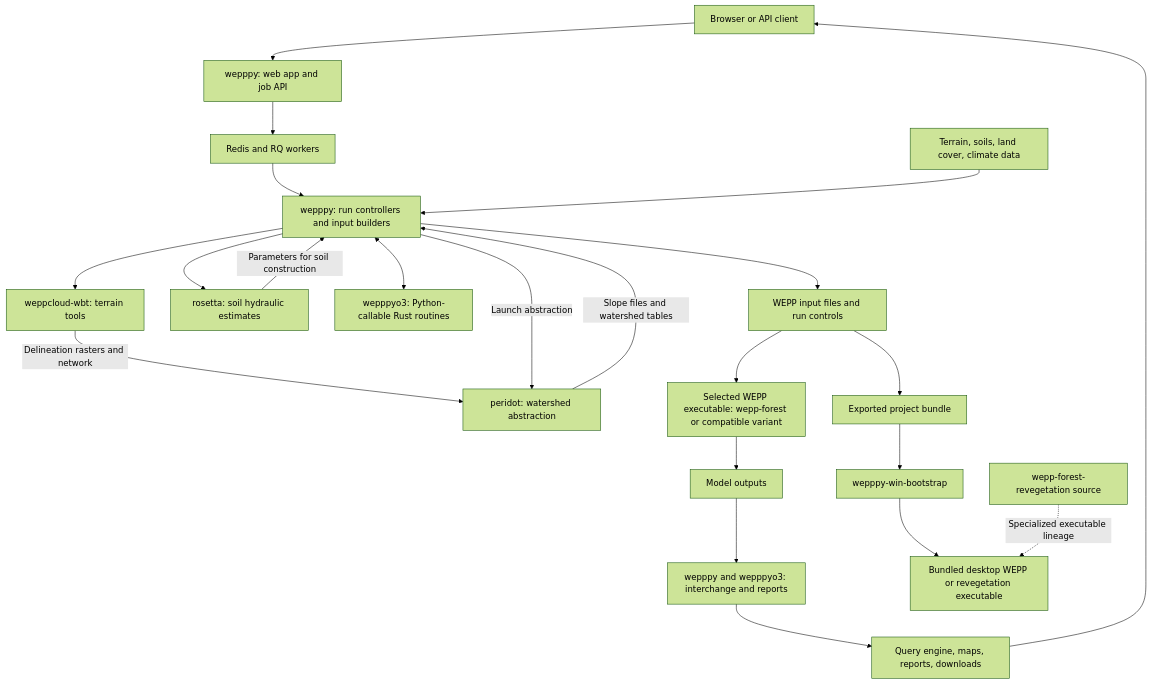
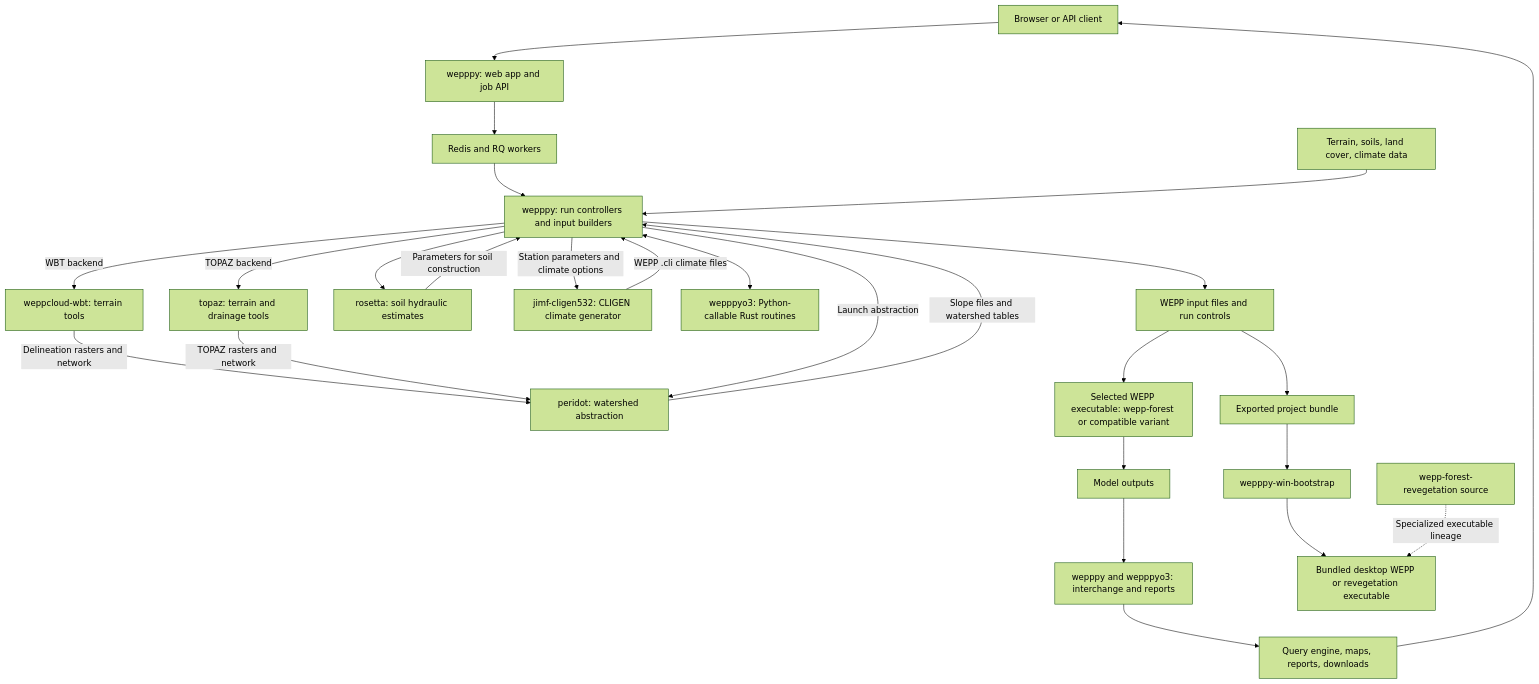
The diagram in docs/weppcloud-stack.md (rogerlew/wepppy), drawn with Mermaid (forest theme) before and after one commit. The commit also changed other lines of this file, not shown here.

Commit message:
Expand stack overview, testing, and WEPP release workflow

````diff
--- a/docs/weppcloud-stack.md
+++ b/docs/weppcloud-stack.md
@@ -36,24 +39,28 @@
 ```mermaid
 flowchart TD
     U[Browser or API client] --> W[wepppy: web app and job API]
     W --> Q[Redis and RQ workers]
     Q --> P[wepppy: run controllers and input builders]
     D[Terrain, soils, land cover, climate data] --> P
-    P --> T[weppcloud-wbt: terrain tools]
+    P -->|WBT backend| T[weppcloud-wbt: terrain tools]
+    P -->|TOPAZ backend| TP[topaz: terrain and drainage tools]
     T -->|Delineation rasters and network| A[peridot: watershed abstraction]
+    TP -->|TOPAZ rasters and network| A
     P -->|Launch abstraction| A
     A -->|Slope files and watershed tables| P
     P --> R[rosetta: soil hydraulic estimates]
     R -->|Parameters for soil construction| P
+    P -->|Station parameters and climate options| CG[jimf-cligen532: CLIGEN climate generator]
+    CG -->|WEPP .cli climate files| P
     P <--> N[wepppyo3: Python-callable Rust routines]
     P --> I[WEPP input files and run controls]
     I --> F[Selected WEPP executable: wepp-forest or compatible variant]
     F --> O[Model outputs]
     O --> X[wepppy and wepppyo3: interchange and reports]
     X --> V[Query engine, maps, reports, downloads]
     V --> U
     I --> B[Exported project bundle]
     B --> C[wepppy-win-bootstrap]
     C --> L[Bundled desktop WEPP or revegetation executable]
     RF[wepp-forest-revegetation source] -.->|Specialized executable lineage| L
 ```
````
